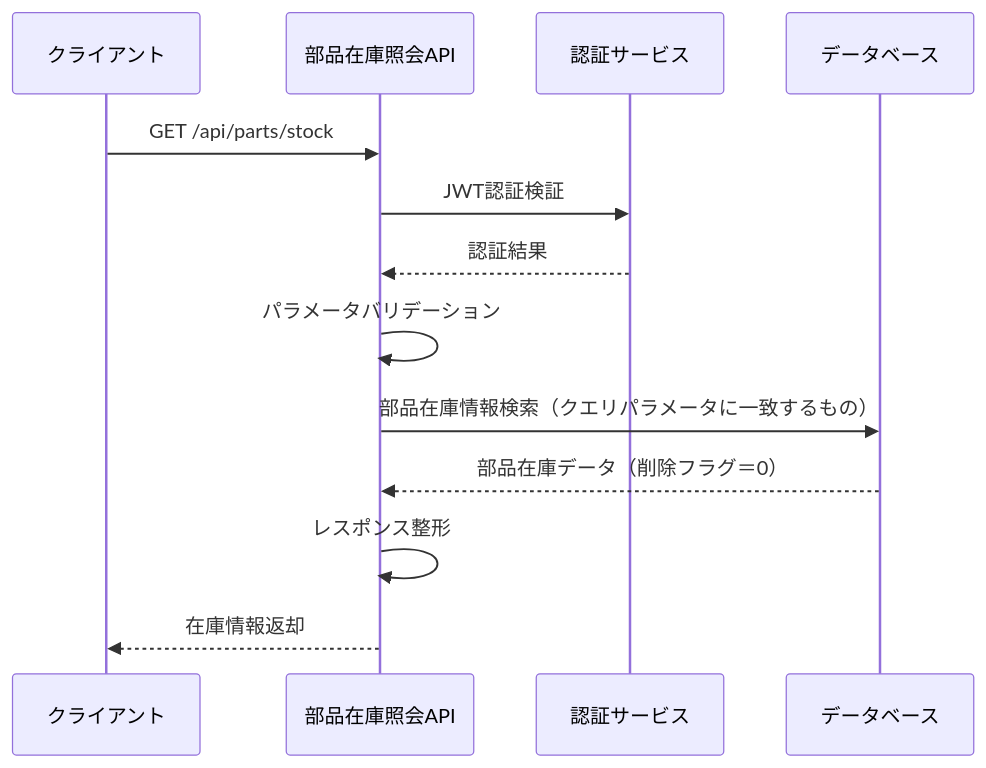
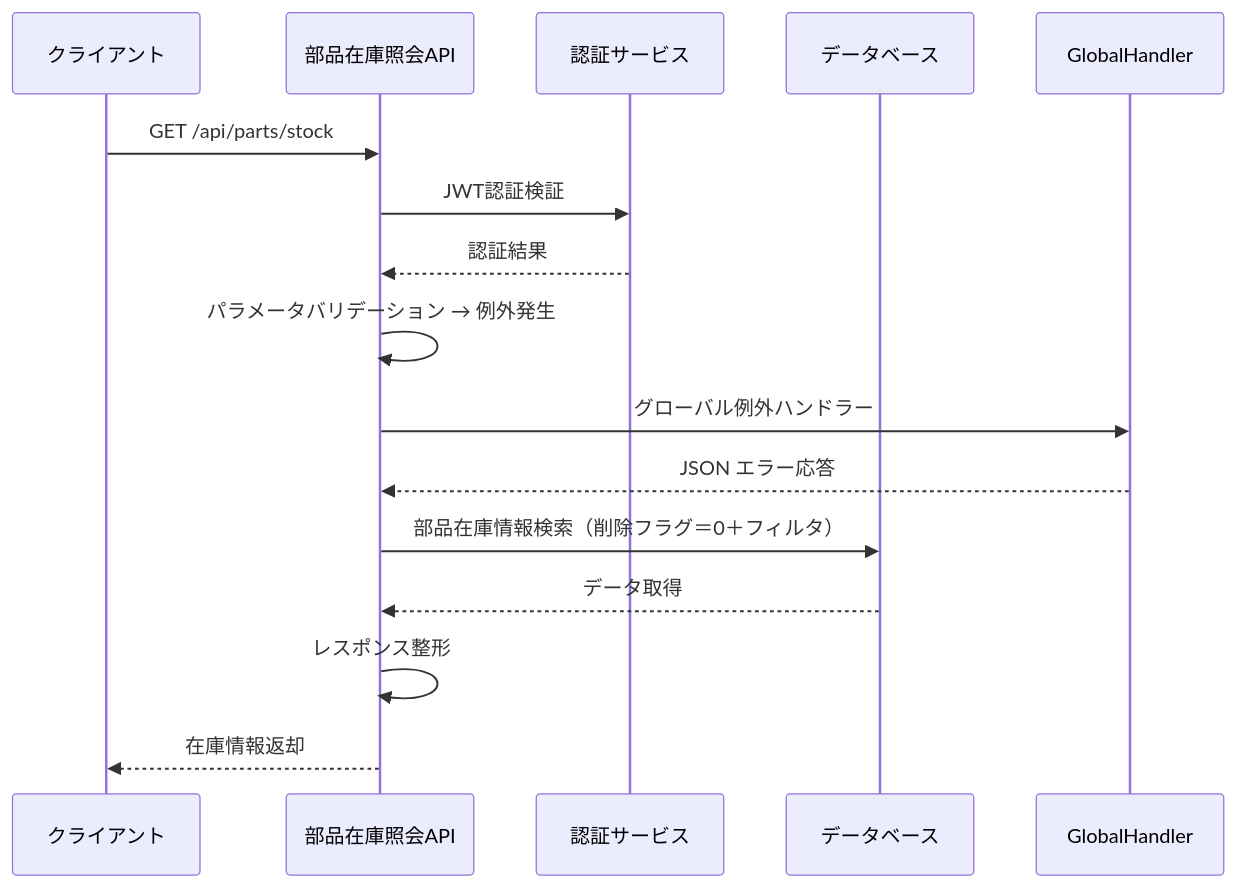
One commit to RyotsTj/Java-apiCourse changed the diagram in docs/設計/部品在庫管理/部品在庫照会API.md. Above: the diagram before and after it, drawn with Mermaid. The commit also changed other lines of this file and 13 other files, not shown here.

````diff
--- a/docs/設計/部品在庫管理/部品在庫照会API.md
+++ b/docs/設計/部品在庫管理/部品在庫照会API.md
@@ -115,16 +177,18 @@
 ```mermaid
 sequenceDiagram
     participant Client as クライアント
     participant API as 部品在庫照会API
     participant Auth as 認証サービス
     participant DB as データベース
 
     Client->>API: GET /api/parts/stock
     API->>Auth: JWT認証検証
     Auth-->>API: 認証結果
-    API->>API: パラメータバリデーション
-    API->>DB: 部品在庫情報検索（クエリパラメータに一致するもの）
-    DB-->>API: 部品在庫データ（削除フラグ＝0）
+    API->>API: パラメータバリデーション → 例外発生
+    API->>GlobalHandler: グローバル例外ハンドラー
+    GlobalHandler-->>API: JSON エラー応答
+    API->>DB: 部品在庫情報検索（削除フラグ＝0＋フィルタ）
+    DB-->>API: データ取得
     API->>API: レスポンス整形
     API-->>Client: 在庫情報返却
 ```
````
